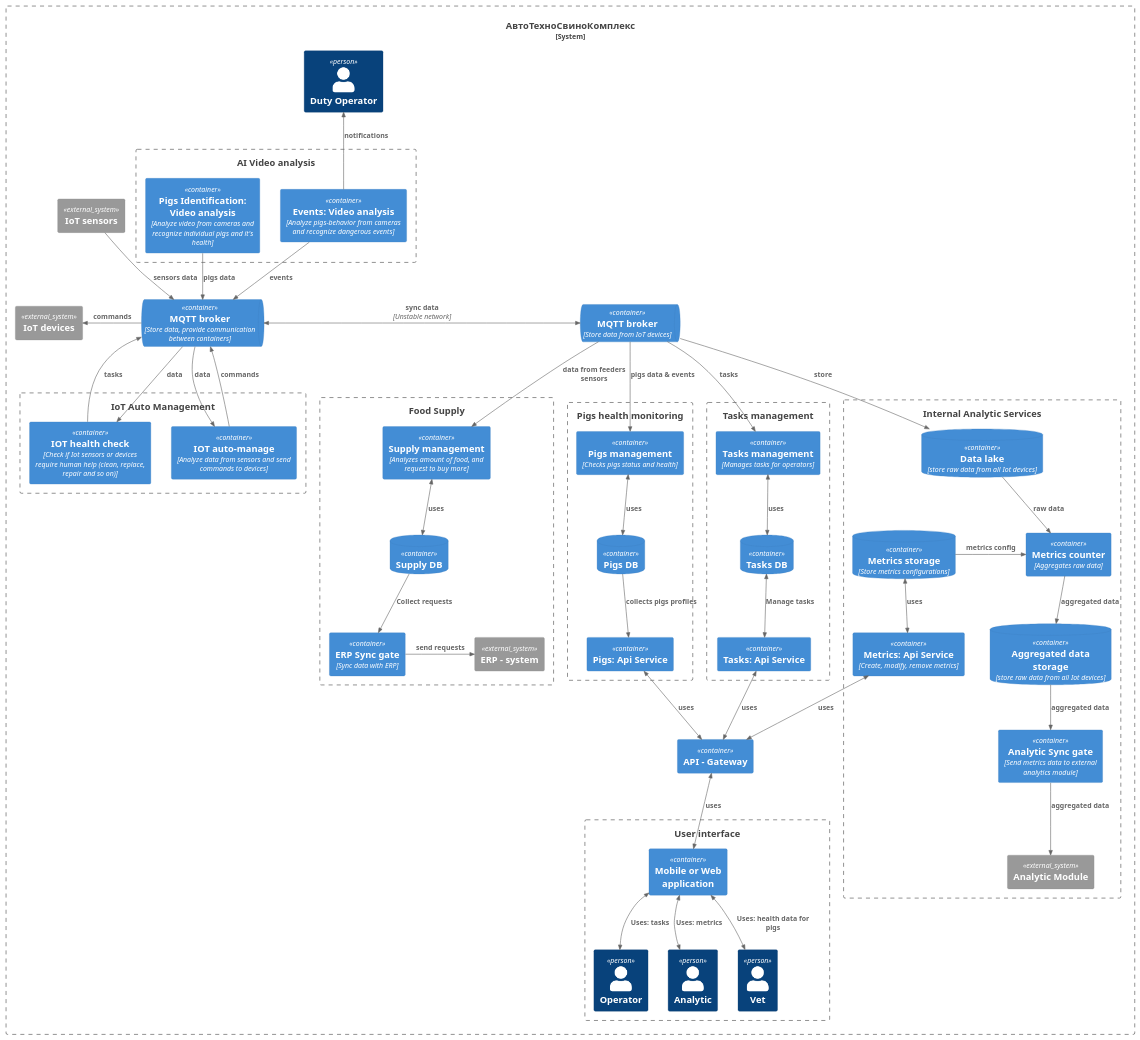
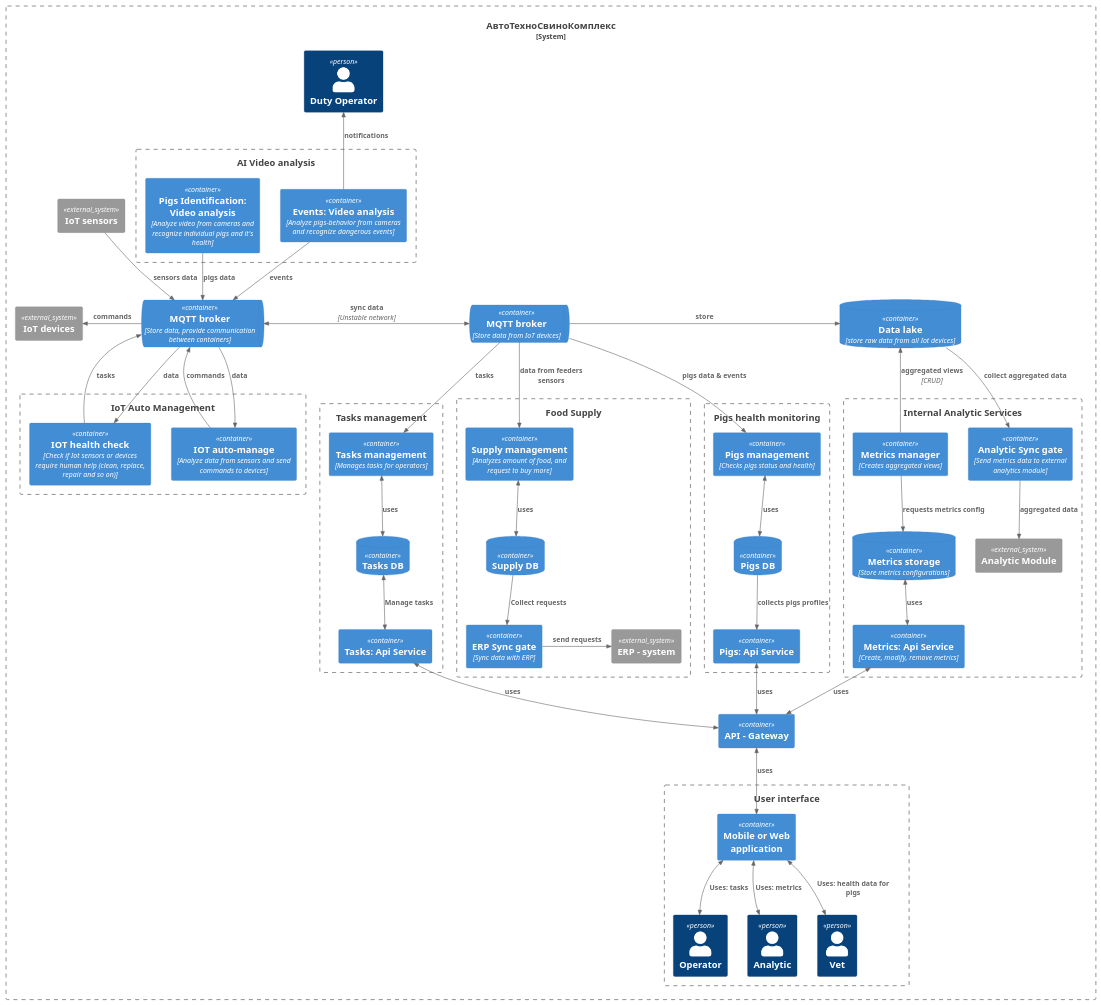
One commit to mirray/MSA-AgroTech changed the diagram in Task2/ATCK_C4_Containers_Alternative.puml. Above: the diagram before and after it, drawn with PlantUML. The commit also changed 3 other files, not shown here.

```diff
--- a/Task2/ATCK_C4_Containers_Alternative.puml
+++ b/Task2/ATCK_C4_Containers_Alternative.puml
@@ -1,88 +1,87 @@
 @startuml Архитектура_АвтоТехноСвиноКомплекс_v1_Альтернативное_Решение
 !include <C4/C4_Container>
 
 System_Boundary(atck, "АвтоТехноСвиноКомплекс "){
     Person(duty_operator, "Duty Operator")
     ContainerQueue(data_hub, "MQTT broker", "Store data, provide communication between containers")
     Boundary(video_b, "AI Video analysis"){
         Container(video, "Events: Video analysis", "Analyze pigs-behavior from cameras and recognize dangerous events")
         Container(video_identity, "Pigs Identification: Video analysis", "Analyze video from cameras and recognize individual pigs and it's health")
         Rel(video, data_hub, "events")
         Rel(video_identity, data_hub, "pigs data")
         Rel_U(video, duty_operator, "notifications")
     }
     Boundary(iot_b, "IoT Auto Management"){
          Container(iot_auto_management, "IOT auto-manage", "Analyze data from sensors and send commands to devices")
          Rel(iot_auto_management, data_hub, "commands")
          Rel(data_hub, iot_auto_management, "data")
          Container(iot_health_check, "IOT health check", "Check if Iot sensors or devices require human help (clean, replace, repair and so on)")
          Rel_U(iot_health_check, data_hub, "tasks")
          Rel(data_hub, iot_health_check, "data")
     }
     System_Ext(iot_sensors, "IoT sensors")
     System_Ext(iot_devices, "IoT devices")
     Rel_D(iot_sensors, data_hub, "sensors data")
     Rel_L(data_hub, iot_devices, "commands")
 
     ContainerQueue(data_hub_server, "MQTT broker", "Store data from IoT devices")
     BiRel_R(data_hub, data_hub_server, "sync data", "Unstable network")
-    Boundary(b_supply, "Food Supply"){
-        Container(supply, "Supply management", "Analyzes amount of food, and request to buy more")
-        Rel_D(data_hub_server, supply, "data from feeders sensors")
-        ContainerDb(supply_db, "Supply DB")
-        BiRel_D(supply, supply_db, "uses")
-        Container(erp_sync, "ERP Sync gate", "Sync data with ERP")
-        Rel_D(supply_db, erp_sync, "Collect requests")  
-        System_Ext(erp, "ERP - system")
-        Rel_R(erp_sync, erp, "send requests")
-    }
+   
     Boundary(b_pigs, "Pigs health monitoring"){
         Container(pigs, "Pigs management", "Checks pigs status and health")
         Rel_D(data_hub_server, pigs, "pigs data & events")
         ContainerDb(pigs_db, "Pigs DB")
         BiRel_D(pigs, pigs_db, "uses")
         Container(pigs_api, "Pigs: Api Service")
         Rel_D(pigs_db, pigs_api, "collects pigs profiles")
     }
     Boundary(internal_services, "Tasks management"){
         Container(tasks, "Tasks management", "Manages tasks for operators")
         Rel_D(data_hub_server, tasks, "tasks")
         ContainerDb(tasks_db, "Tasks DB")
         BiRel_D(tasks, tasks_db, "uses")
         Container(tasks_api, "Tasks: Api Service")
         BiRel_D(tasks_db, tasks_api, "Manage tasks")       
         
     }
-    Boundary(analysis_internal, "Internal Analytic Services"){
-            Container(metrics_management, "Metrics: Api Service", "Create, modify, remove metrics")
-            ContainerDb(metrics_management_db, "Metrics storage", "Store metrics configurations")
-            BiRel_U(metrics_management, metrics_management_db, "uses")
-            Container(analytic_module_sync, "Analytic Sync gate", "Send metrics data to external analytics module")   
-            System_Ext(analytic_module, "Analytic Module") 
-            Rel(analytic_module_sync, analytic_module ,"aggregated data")
-            ContainerDb(analytic_db, "Data lake", "store raw data from all Iot devices")
-            ContainerDb(analytic_db_metrics, "Aggregated data storage", "store raw data from all Iot devices")
-            Rel_D(data_hub_server, analytic_db, "store")
-            Container(metrics_service, "Metrics counter", "Aggregates raw data")                    
-            Rel_D(analytic_db, metrics_service, "raw data")
-            Rel_D(metrics_service, analytic_db_metrics, "aggregated data")
-            Rel_R(metrics_management_db, metrics_service, "metrics config")            
-            Rel_D(analytic_db_metrics, analytic_module_sync ,"aggregated data")
-            
+       ContainerDb(analytic_db, "Data lake", "store raw data from all Iot devices")
+       Boundary(analysis_internal, "Internal Analytic Services"){
+               Container(metrics_management, "Metrics: Api Service", "Create, modify, remove metrics")
+               ContainerDb(metrics_management_db, "Metrics storage", "Store metrics configurations")
+               BiRel_U(metrics_management, metrics_management_db, "uses")
+               Container(analytic_module_sync, "Analytic Sync gate", "Send metrics data to external analytics module")   
+               System_Ext(analytic_module, "Analytic Module") 
+               Rel_D(analytic_db, analytic_module_sync, "collect aggregated data")
+               Rel(analytic_module_sync, analytic_module ,"aggregated data")
+               
+               Rel_R(data_hub_server, analytic_db, "store")
+               Container(metrics_manager, "Metrics manager", "Creates aggregated views") 
+               Rel_D(metrics_manager, analytic_db, "aggregated views", "CRUD")
+               Rel_D(metrics_manager, metrics_management_db, "requests metrics config")                
        }
+        Boundary(b_supply, "Food Supply"){
+               Container(supply, "Supply management", "Analyzes amount of food, and request to buy more")
+               Rel_D(data_hub_server, supply, "data from feeders sensors")
+               ContainerDb(supply_db, "Supply DB")
+               BiRel_D(supply, supply_db, "uses")
+               Container(erp_sync, "ERP Sync gate", "Sync data with ERP")
+               Rel_D(supply_db, erp_sync, "Collect requests")  
+               System_Ext(erp, "ERP - system")
+               Rel_R(erp_sync, erp, "send requests")
+           }
     Container(api, "API - Gateway")       
     BiRel_D(tasks_api, api, "uses")
     BiRel_D(pigs_api, api, "uses")
     BiRel_D(metrics_management, api, "uses")
     Boundary(ui_b, "User interface"){       
         Container(ui, "Mobile or Web application")
         Person(operator, "Operator")
         Person(analytic, "Analytic")
         Person(vet, "Vet")
         BiRel_D(ui, operator, "Uses: tasks")
         BiRel_D(ui, vet, "Uses: health data for pigs")
         BiRel_D(ui, analytic, "Uses: metrics")
         BiRel_D(api,ui, "uses")
     } 
 }
 @enduml
```
